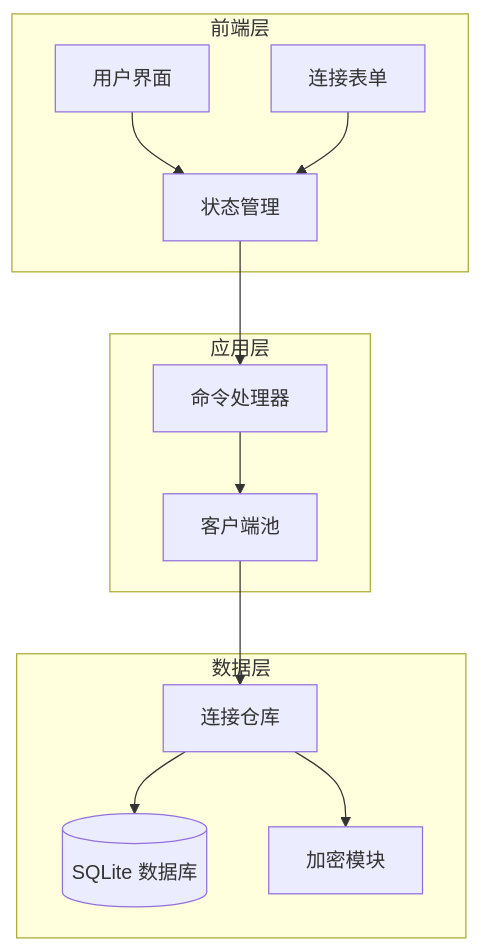
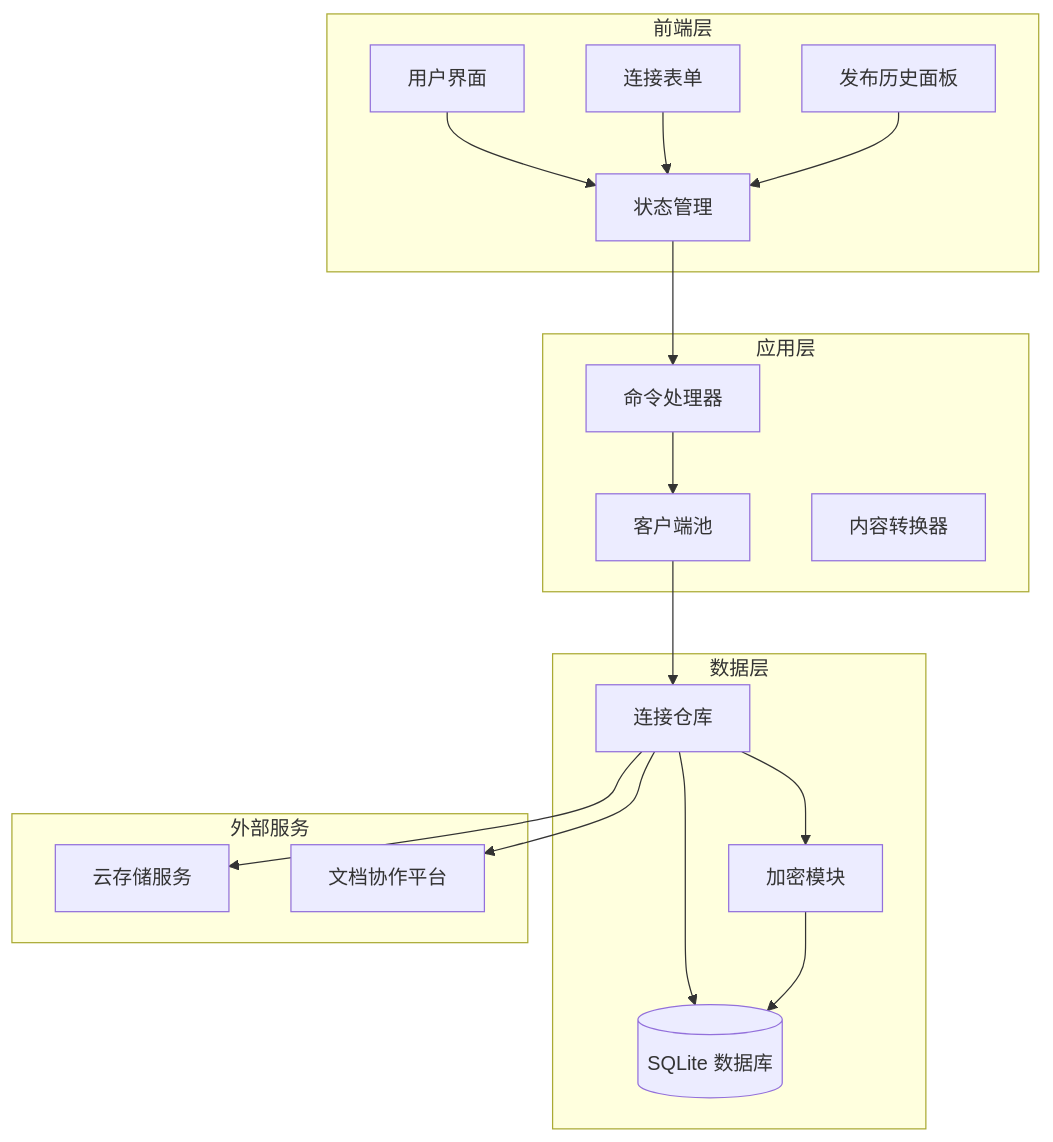
The first of 5 diagrams in .qoder/repowiki/zh/content/数据库设计/表结构设计/云存储连接表.md (DumKing/DevNexus), drawn with Mermaid before and after one commit. The commit also changed other lines of this file and 80 other files, not shown here.

````diff
--- a/.qoder/repowiki/zh/content/数据库设计/表结构设计/云存储连接表.md
+++ b/.qoder/repowiki/zh/content/数据库设计/表结构设计/云存储连接表.md
@@ -37,24 +51,34 @@
 ```mermaid
 graph TB
 subgraph "前端层"
 UI[用户界面]
 Store[状态管理]
 Form[连接表单]
+History[发布历史面板]
 end
 subgraph "应用层"
 Commands[命令处理器]
 Pool[客户端池]
+Converter[内容转换器]
 end
 subgraph "数据层"
 Repo[连接仓库]
 DB[(SQLite 数据库)]
 Crypto[加密模块]
 end
+subgraph "外部服务"
+S3[云存储服务]
+Confluence[文档协作平台]
+end
 UI --> Store
 Store --> Commands
 Form --> Store
+History --> Store
 Commands --> Pool
 Pool --> Repo
 Repo --> DB
 Repo --> Crypto
+Repo --> S3
+Repo --> Confluence
+Crypto --> DB
 ```
````
